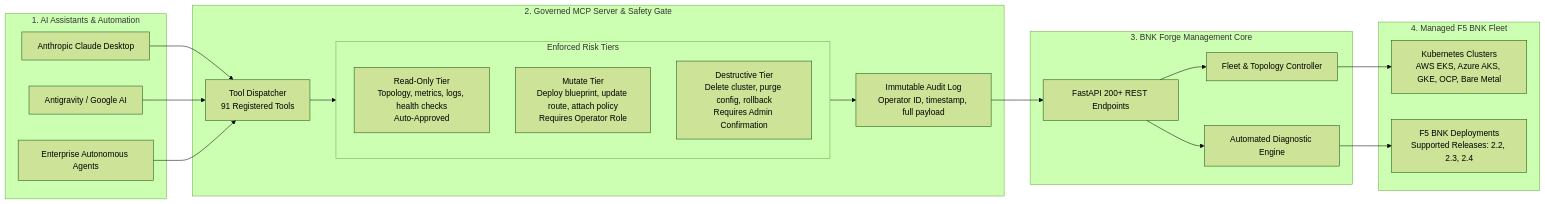
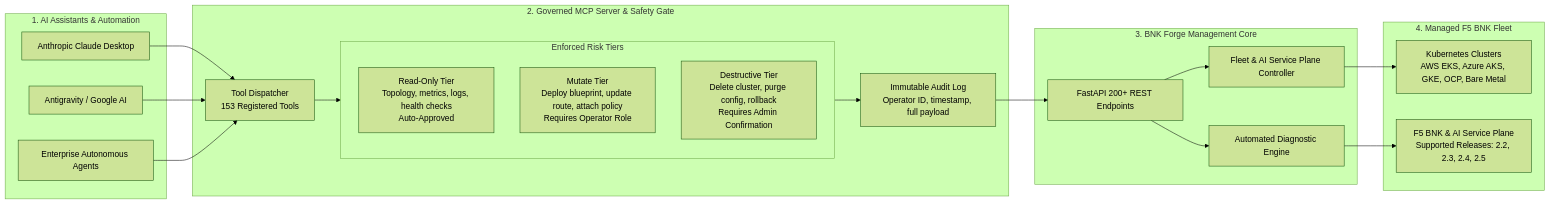
One commit to JLCode-tech/bnk-forge changed the third of 3 diagrams in README.md. Above: the diagram before and after it, drawn with Mermaid (forest theme). The commit also changed other lines of this file and 18 other files, not shown here.

Commit message:
docs: align front README, visual tour, F5 BNK AI Service Plane terminology, and bnkctl integration

````diff
--- a/README.md
+++ b/README.md
@@ -264,44 +262,44 @@
 ```mermaid
 flowchart LR
     subgraph Agents["1. AI Assistants & Automation"]
         Claude["Anthropic Claude Desktop"]
         Gemini["Antigravity / Google AI"]
         CustomOps["Enterprise Autonomous Agents"]
     end
 
     subgraph SafetyGate["2. Governed MCP Server & Safety Gate"]
-        Router["Tool Dispatcher\n91 Registered Tools"]
+        Router["Tool Dispatcher\n153 Registered Tools"]
         
         subgraph RiskTiers["Enforced Risk Tiers"]
             TierRead["Read-Only Tier\nTopology, metrics, logs, health checks\nAuto-Approved"]
             TierMutate["Mutate Tier\nDeploy blueprint, update route, attach policy\nRequires Operator Role"]
             TierDestroy["Destructive Tier\nDelete cluster, purge config, rollback\nRequires Admin Confirmation"]
         end
         
         Audit["Immutable Audit Log\nOperator ID, timestamp, full payload"]
         Router --> RiskTiers
         RiskTiers --> Audit
     end
 
     subgraph ForgeEngine["3. BNK Forge Management Core"]
         RESTAPI["FastAPI 200+ REST Endpoints"]
-        K8sEngine["Fleet & Topology Controller"]
+        K8sEngine["Fleet & AI Service Plane Controller"]
         DiagEngine["Automated Diagnostic Engine"]
         
         RESTAPI --> K8sEngine
         RESTAPI --> DiagEngine
     end
 
     subgraph TargetFleet["4. Managed F5 BNK Fleet"]
         Clusters["Kubernetes Clusters\nAWS EKS, Azure AKS, GKE, OCP, Bare Metal"]
-        BNKDeploy["F5 BNK Deployments\nSupported Releases: 2.2, 2.3, 2.4"]
+        BNKDeploy["F5 BNK & AI Service Plane\nSupported Releases: 2.2, 2.3, 2.4, 2.5"]
         
         K8sEngine --> Clusters
         DiagEngine --> BNKDeploy
     end
 
     Claude --> Router
     Gemini --> Router
     CustomOps --> Router
     Audit --> RESTAPI
 ```
````
